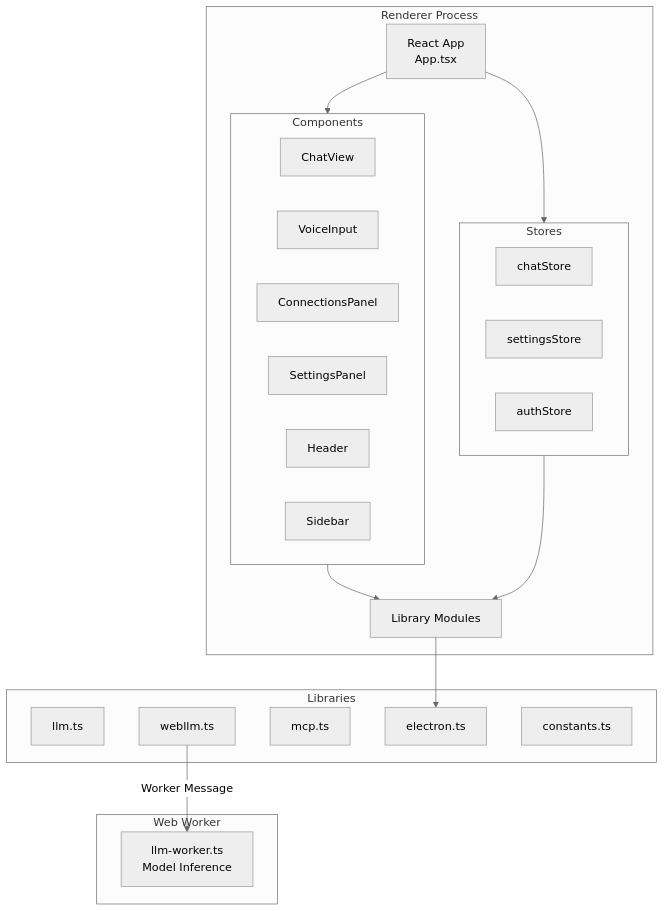
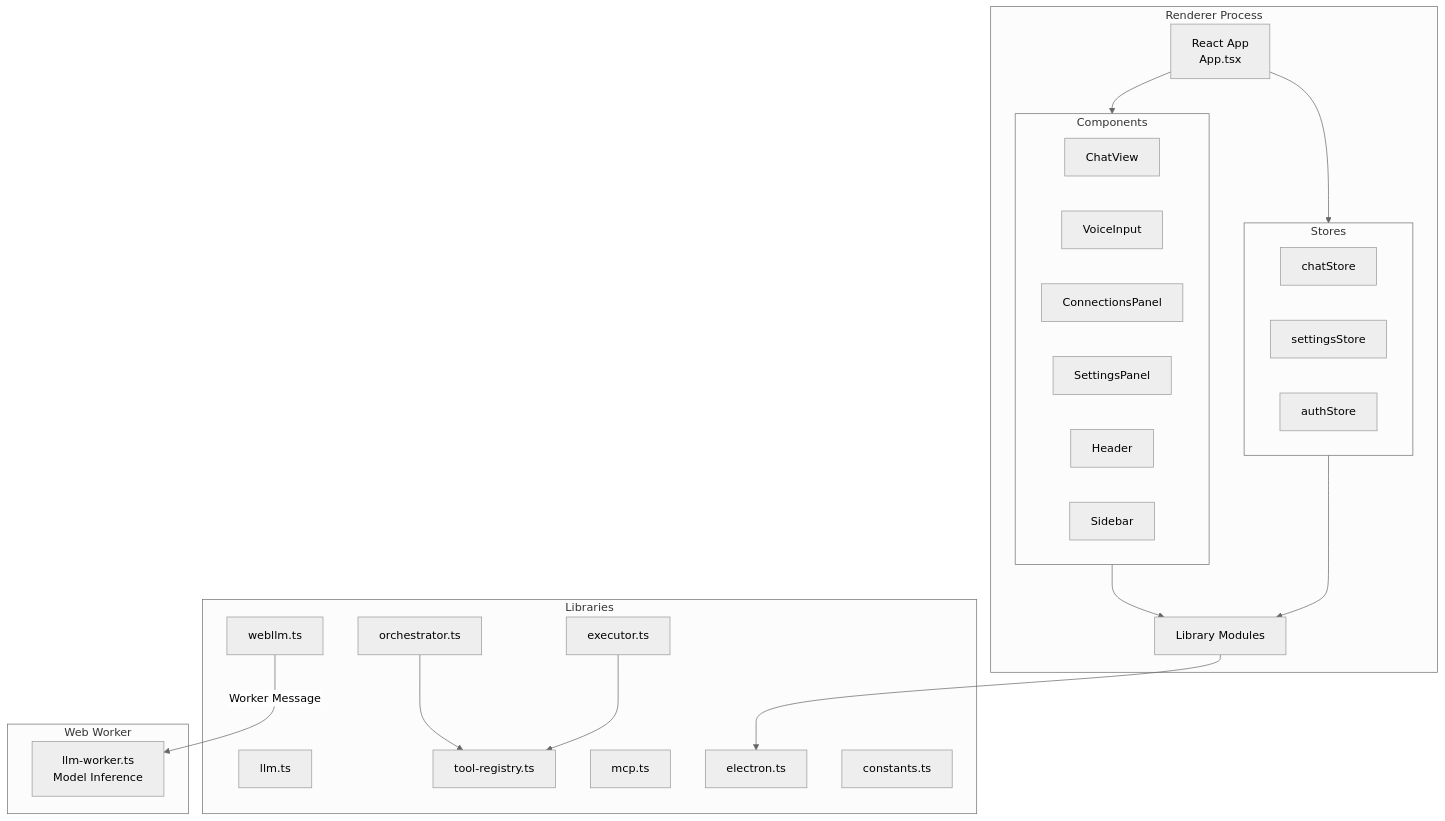
The fourth of 23 diagrams in architecture.md (meharajM/ai-worker.app), drawn with Mermaid (neutral theme) before and after one commit. The commit also changed other lines of this file and 20 other files, not shown here.

````diff
--- a/architecture.md
+++ b/architecture.md
@@ -132,44 +133,49 @@
 ```mermaid
 graph TB
     subgraph "Renderer Process"
         ReactApp[React App<br/>App.tsx]
         Components[UI Components]
         Stores[Zustand Stores]
         Lib[Library Modules]
     end
 
     subgraph "Components"
         ChatView[ChatView]
         VoiceInput[VoiceInput]
         ConnectionsPanel[ConnectionsPanel]
         SettingsPanel[SettingsPanel]
         Header[Header]
         Sidebar[Sidebar]
     end
 
     subgraph "Stores"
         ChatStore[chatStore]
         SettingsStore[settingsStore]
         AuthStore[authStore]
     end
 
     subgraph "Libraries"
         LLMLib[llm.ts]
         WebLLMLib[webllm.ts]
+        OrchestratorLib[orchestrator.ts]
+        ExecutorLib[executor.ts]
+        RegistryLib[tool-registry.ts]
         MCPLib[mcp.ts]
         ElectronLib[electron.ts]
         Constants[constants.ts]
     end
 
     ReactApp --> Components
     ReactApp --> Stores
     Components --> Lib
     Stores --> Lib
     Lib --> ElectronLib
+    OrchestratorLib --> RegistryLib
+    ExecutorLib --> RegistryLib
     
     subgraph "Web Worker"
         LLMWorker[llm-worker.ts<br/>Model Inference]
     end
     
     WebLLMLib -->|Worker Message| LLMWorker
 ```
````
